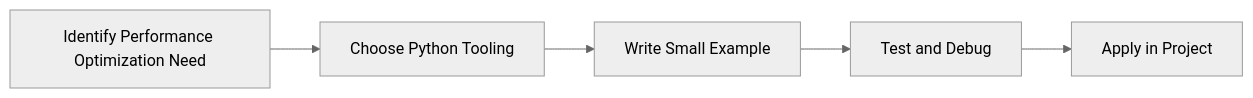
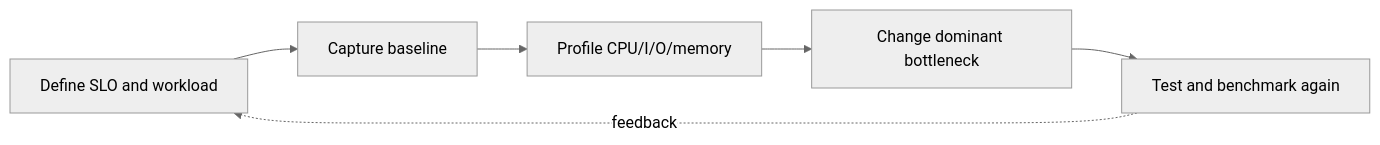
Before and after one commit to SYMOIZ/E-Learning-Portal: the diagram in Python-Mastery/Advanced/39-performance-optimization.md, drawn with Mermaid (neutral theme). The commit also changed other lines of this file and 116 other files, not shown here.

````diff
--- a/Python-Mastery/Advanced/39-performance-optimization.md
+++ b/Python-Mastery/Advanced/39-performance-optimization.md
@@ -135,7 +157,8 @@
 ```mermaid
 flowchart LR
-    A[Identify Performance Optimization Need] --> B[Choose Python Tooling]
-    B --> C[Write Small Example]
-    C --> D[Test and Debug]
-    D --> E[Apply in Project]
+    A[Define SLO and workload] --> B[Capture baseline]
+    B --> C[Profile CPU/I/O/memory]
+    C --> D[Change dominant bottleneck]
+    D --> E[Test and benchmark again]
+    E -. feedback .-> A
 ```
````
